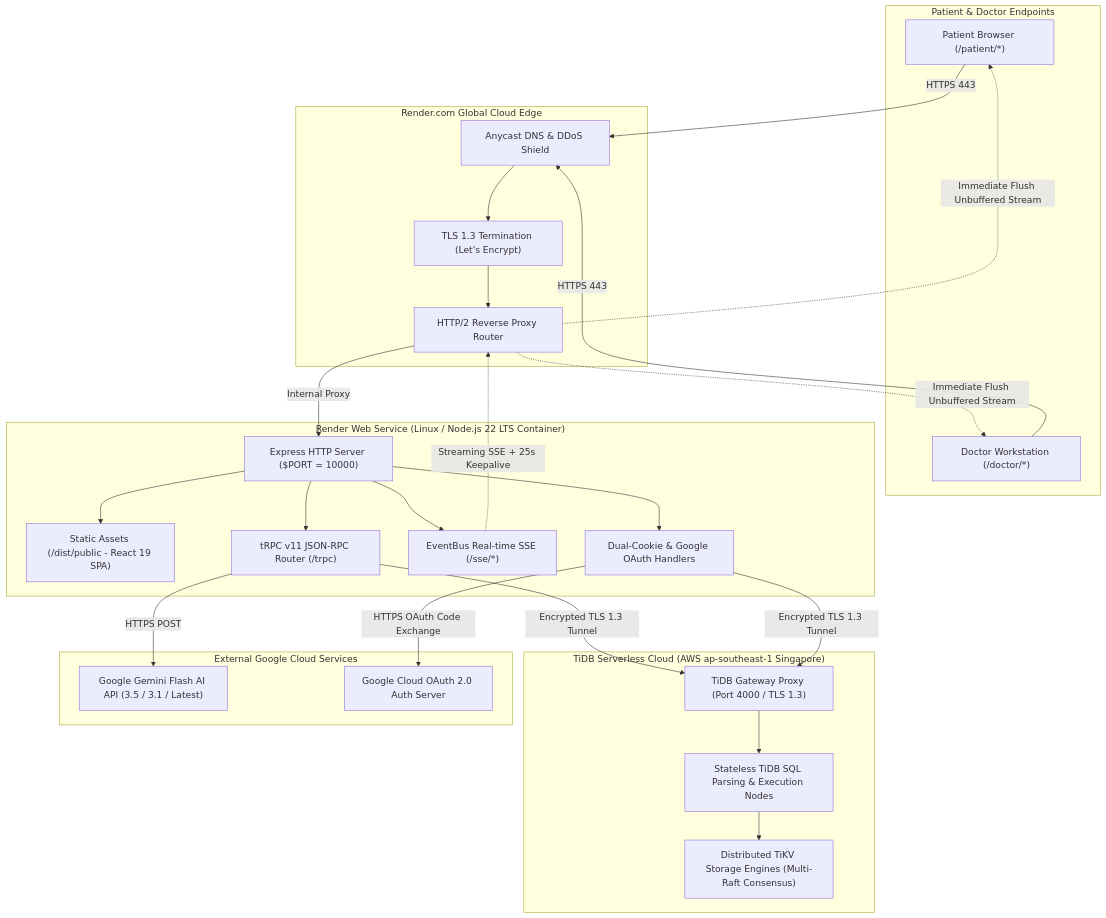
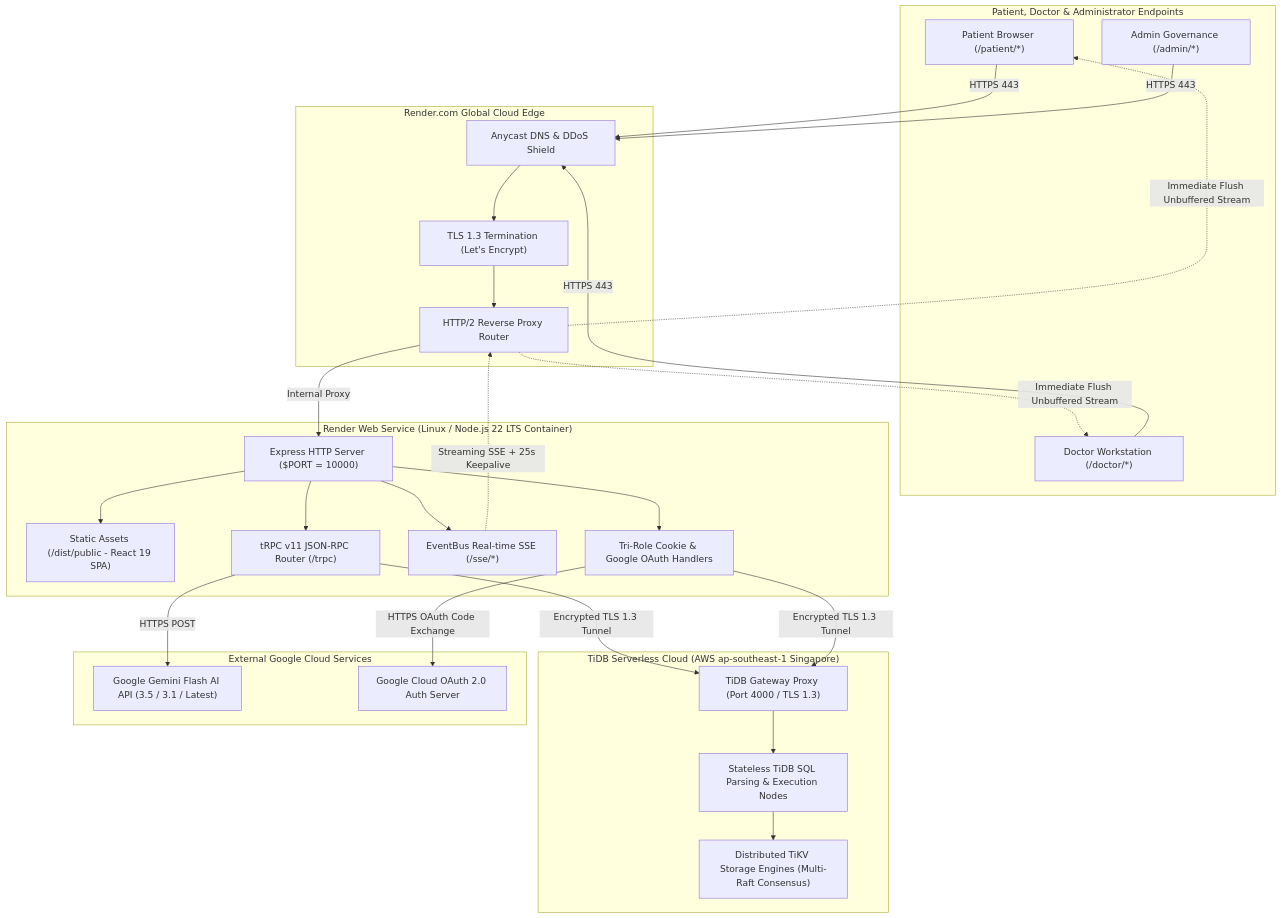
One commit to SarthakMandhare34/New-LifeLink-Smart-Healthcare-Assistance-Platform changed the ninth of 9 diagrams in SYSTEM_DIAGRAMS.md. Above: the diagram before and after it, drawn with Mermaid. The commit also changed other lines of this file and 2 other files, not shown here.

Commit message:
docs(arch): synchronize architecture specifications, database tables, and cloud topology

````diff
--- a/SYSTEM_DIAGRAMS.md
+++ b/SYSTEM_DIAGRAMS.md
@@ -491,55 +492,57 @@
 ```mermaid
 graph TB
-    subgraph Clients["Patient & Doctor Endpoints"]
+    subgraph Clients["Patient, Doctor & Administrator Endpoints"]
         PatBrowser["Patient Browser (/patient/*)"]
         DocBrowser["Doctor Workstation (/doctor/*)"]
+        AdminBrowser["Admin Governance (/admin/*)"]
     end
 
     subgraph RenderEdge["Render.com Global Cloud Edge"]
         Anycast["Anycast DNS & DDoS Shield"]
         TLS["TLS 1.3 Termination (Let's Encrypt)"]
         RevProxy["HTTP/2 Reverse Proxy Router"]
     end
 
     subgraph RenderContainer["Render Web Service (Linux / Node.js 22 LTS Container)"]
         Express["Express HTTP Server ($PORT = 10000)"]
         StaticVite["Static Assets (/dist/public - React 19 SPA)"]
         tRPCRouter["tRPC v11 JSON-RPC Router (/trpc)"]
         SSEBus["EventBus Real-time SSE (/sse/*)"]
-        AuthHandler["Dual-Cookie & Google OAuth Handlers"]
+        AuthHandler["Tri-Role Cookie & Google OAuth Handlers"]
     end
 
     subgraph TiDBCloud["TiDB Serverless Cloud (AWS ap-southeast-1 Singapore)"]
         TiDBGate["TiDB Gateway Proxy (Port 4000 / TLS 1.3)"]
         TiDBSQL["Stateless TiDB SQL Parsing & Execution Nodes"]
         TiKVStorage["Distributed TiKV Storage Engines (Multi-Raft Consensus)"]
     end
 
     subgraph GoogleCloud["External Google Cloud Services"]
         GeminiAI["Google Gemini Flash AI API (3.5 / 3.1 / Latest)"]
         GoogleOAuth["Google Cloud OAuth 2.0 Auth Server"]
     end
 
     PatBrowser -->|HTTPS 443| Anycast
     DocBrowser -->|HTTPS 443| Anycast
+    AdminBrowser -->|HTTPS 443| Anycast
     Anycast --> TLS
     TLS --> RevProxy
     RevProxy -->|Internal Proxy| Express
 
     Express --> StaticVite
     Express --> tRPCRouter
     Express --> SSEBus
     Express --> AuthHandler
 
     tRPCRouter -->|Encrypted TLS 1.3 Tunnel| TiDBGate
     AuthHandler -->|Encrypted TLS 1.3 Tunnel| TiDBGate
     TiDBGate --> TiDBSQL
     TiDBSQL --> TiKVStorage
 
     tRPCRouter -->|HTTPS POST| GeminiAI
     AuthHandler -->|HTTPS OAuth Code Exchange| GoogleOAuth
 
     SSEBus -.->|Streaming SSE + 25s Keepalive| RevProxy
     RevProxy -.->|Immediate Flush Unbuffered Stream| PatBrowser
     RevProxy -.->|Immediate Flush Unbuffered Stream| DocBrowser
 ```
````
